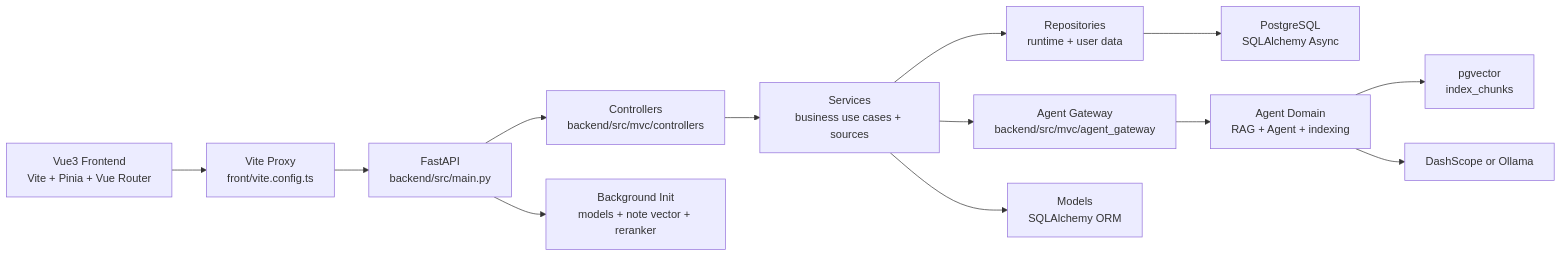
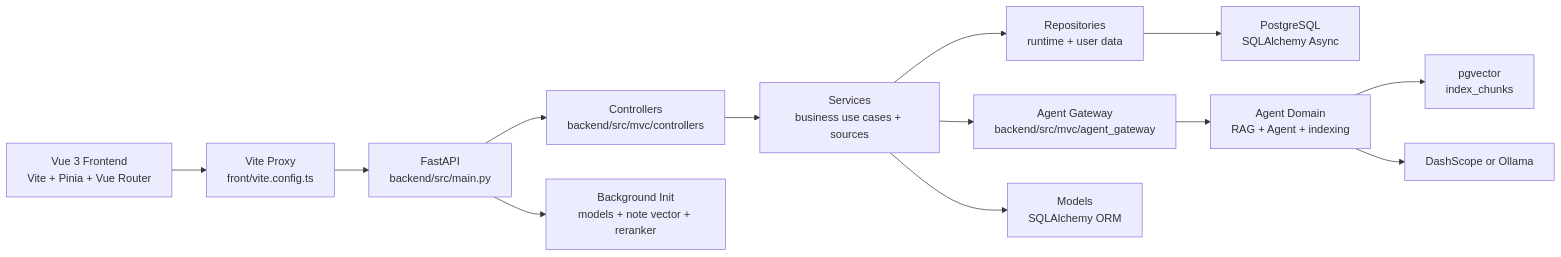
One commit to Forgerly-OR-Henry/RAGNotebook-Plus changed the diagram in docs/developer_guide.md. Above: the diagram before and after it, drawn with Mermaid. The commit also changed other lines of this file and 97 other files, not shown here.

````diff
--- a/docs/developer_guide.md
+++ b/docs/developer_guide.md
@@ -7,15 +7,15 @@
 ```mermaid
 flowchart LR
-    Browser["Vue3 Frontend\nVite + Pinia + Vue Router"] --> Proxy["Vite Proxy\nfront/vite.config.ts"]
+    Browser["Vue 3 Frontend\nVite + Pinia + Vue Router"] --> Proxy["Vite Proxy\nfront/vite.config.ts"]
     Proxy --> API["FastAPI\nbackend/src/main.py"]
     API --> Controllers["Controllers\nbackend/src/mvc/controllers"]
     Controllers --> Services["Services\nbusiness use cases + sources"]
     Services --> Gateway["Agent Gateway\nbackend/src/mvc/agent_gateway"]
     Services --> Repos["Repositories\nruntime + user data"]
     Services --> Models["Models\nSQLAlchemy ORM"]
     Repos --> PG["PostgreSQL\nSQLAlchemy Async"]
     Gateway --> AI["Agent Domain\nRAG + Agent + indexing"]
     AI --> Vec["pgvector\nindex_chunks"]
     AI --> LLM["DashScope or Ollama"]
     API --> Init["Background Init\nmodels + note vector + reranker"]
 ```
````
